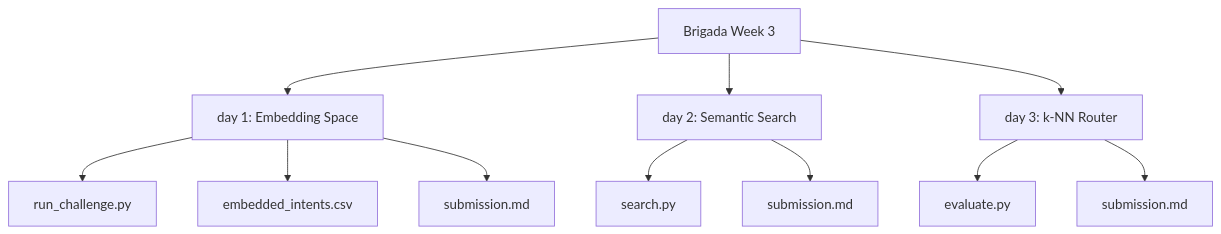
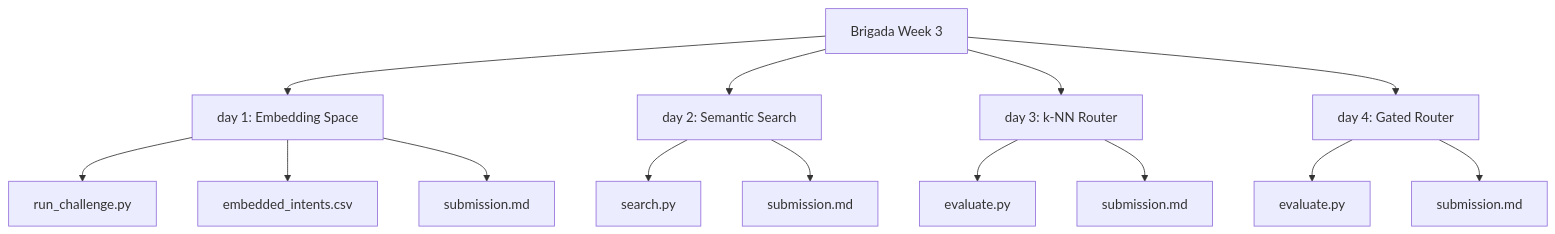
The diagram in README.md (EgiEm/semantic-search-knn-gated-router), drawn with Mermaid before and after one commit. The commit also changed other lines of this file and 3 other files, not shown here.

First line of the commit message:
feat(day-4): implement confidence gate for k-NN router and sweep metrics

````diff
--- a/README.md
+++ b/README.md
@@ -9,16 +9,20 @@
 ```mermaid
 graph TD
     Root[Brigada Week 3] --> Day1[day 1: Embedding Space]
     Root --> Day2[day 2: Semantic Search]
     Root --> Day3[day 3: k-NN Router]
+    Root --> Day4[day 4: Gated Router]
     
     Day1 --> Day1_Script[run_challenge.py]
     Day1 --> Day1_CSV[embedded_intents.csv]
     Day1 --> Day1_Sub[submission.md]
     
     Day2 --> Day2_Script[search.py]
     Day2 --> Day2_Sub[submission.md]
     
     Day3 --> Day3_Script[evaluate.py]
     Day3 --> Day3_Sub[submission.md]
+    
+    Day4 --> Day4_Script[evaluate.py]
+    Day4 --> Day4_Sub[submission.md]
 ```
````
